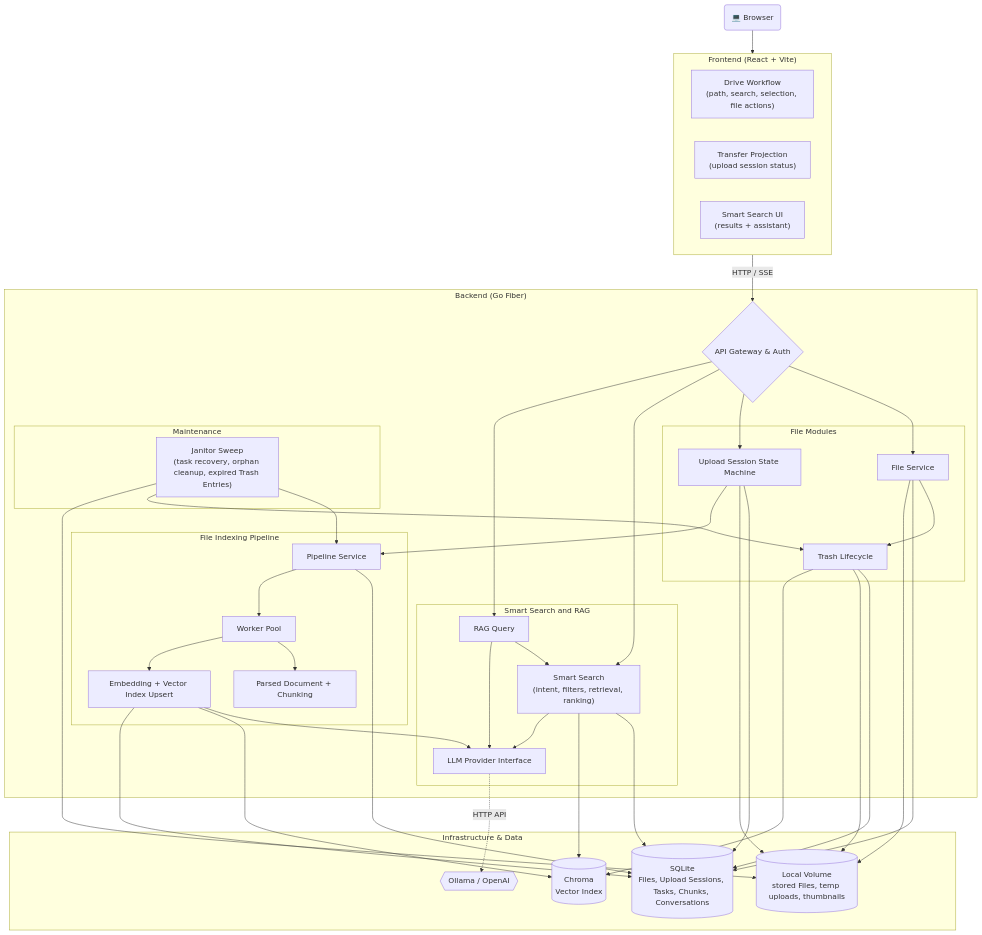
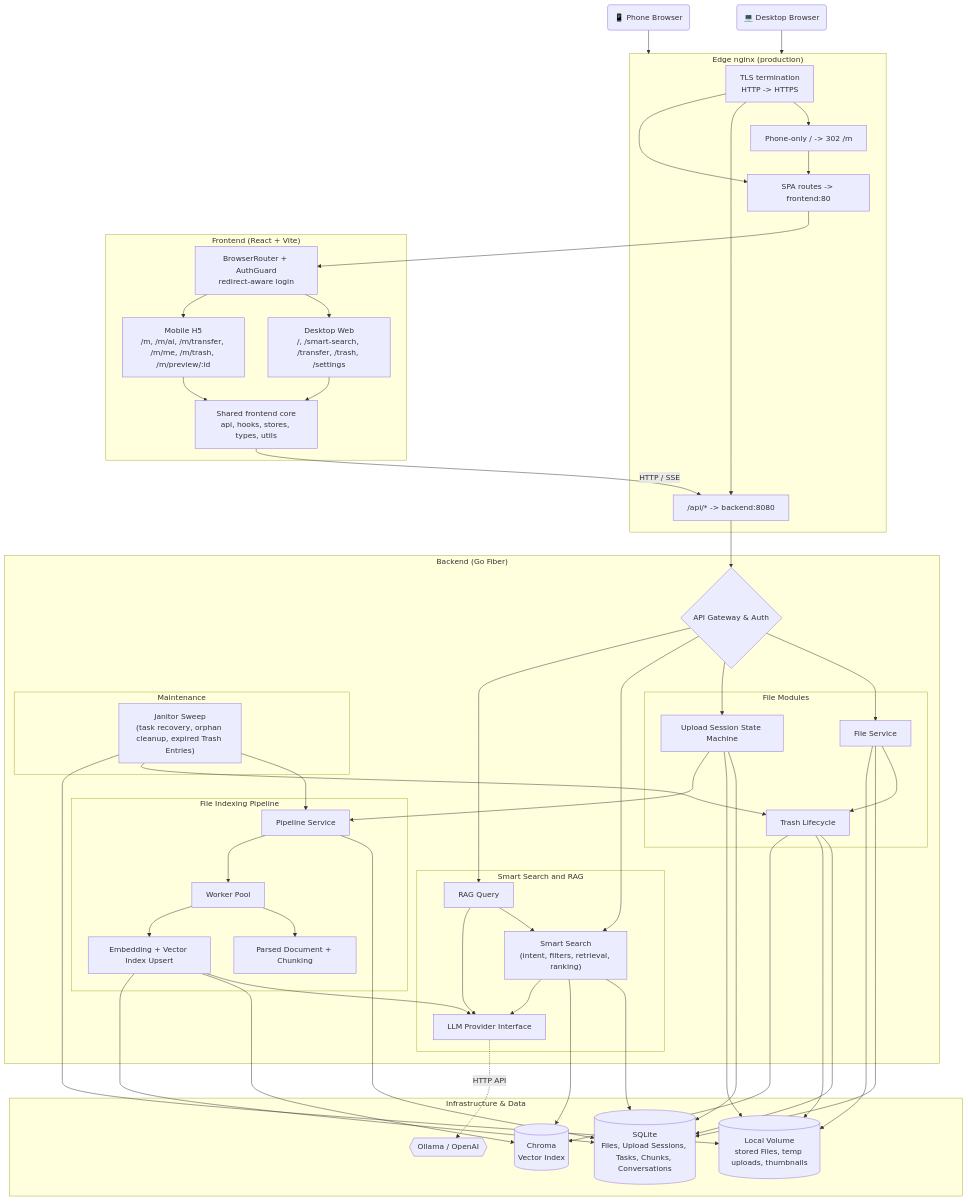
Before and after one commit to memo-drive/memo-drive: the diagram in README.md, drawn with Mermaid. The commit also changed other lines of this file and 63 other files, not shown here.

````diff
--- a/README.md
+++ b/README.md
@@ -33,11 +36,20 @@
 ```mermaid
 flowchart TB
-    Client("💻 Browser")
+    DesktopClient("💻 Desktop Browser")
+    PhoneClient("📱 Phone Browser")
+
+    subgraph Edge ["Edge nginx (production)"]
+        TLS["TLS termination\nHTTP -> HTTPS"]
+        MobileRedirect["Phone-only / -> 302 /m"]
+        ApiRoute["/api/* -> backend:8080"]
+        SpaRoute["SPA routes -> frontend:80"]
+    end
 
     subgraph Frontend ["Frontend (React + Vite)"]
-        Drive["Drive Workflow\n(path, search, selection, file actions)"]
-        Transfer["Transfer Projection\n(upload session status)"]
-        SmartUI["Smart Search UI\n(results + assistant)"]
+        Router["BrowserRouter + AuthGuard\nredirect-aware login"]
+        Shared["Shared frontend core\napi, hooks, stores, types, utils"]
+        DesktopUI["Desktop Web\n/, /smart-search, /transfer, /trash, /settings"]
+        MobileUI["Mobile H5\n/m, /m/ai, /m/transfer, /m/me, /m/trash, /m/preview/:id"]
     end
 
     subgraph Backend ["Backend (Go Fiber)"]
@@ -74,8 +86,19 @@
         Ollama{{"Ollama / OpenAI"}}
     end
 
-    Client --> Frontend
-    Frontend -- "HTTP / SSE" --> Gateway
+    DesktopClient --> Edge
+    PhoneClient --> Edge
+    TLS --> MobileRedirect
+    MobileRedirect --> SpaRoute
+    TLS --> ApiRoute
+    TLS --> SpaRoute
+    SpaRoute --> Router
+    Router --> DesktopUI
+    Router --> MobileUI
+    DesktopUI --> Shared
+    MobileUI --> Shared
+    Shared -- "HTTP / SSE" --> ApiRoute
+    ApiRoute --> Gateway
 
     Gateway --> FileSvc
     Gateway --> Upload
````
